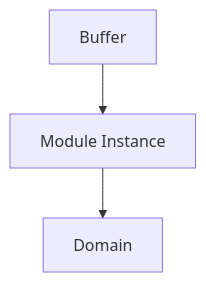
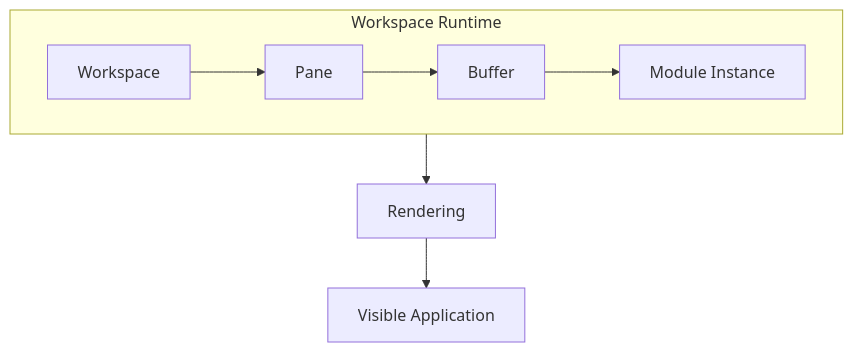
Before and after one commit to kjvonly/kjvonly.bible: the fourth of 5 diagrams in docs/01_application-architecture/002-workspace-runtime.md, drawn with Mermaid. The commit also changed other lines of this file, not shown here.

Commit message:
revise workspace runtime

````diff
--- a/docs/01_application-architecture/002-workspace-runtime.md
+++ b/docs/01_application-architecture/002-workspace-runtime.md
@@ -989,13 +1608,22 @@
 ```mermaid
 flowchart TD
 
-    BUFFER["Buffer"]
+    subgraph Runtime["Workspace Runtime"]
 
-    MODULE["Module Instance"]
+        Workspace["Workspace"]
 
-    DOMAIN["Domain"]
+        Pane["Pane"]
 
-    BUFFER --> MODULE
+        Buffer["Buffer"]
 
-    MODULE --> DOMAIN
+        Module["Module Instance"]
+
+        Workspace --> Pane
+        Pane --> Buffer
+        Buffer --> Module
+    end
+
+    Runtime --> Rendering["Rendering"]
+
+    Rendering --> UI["Visible Application"]
 ```
````
